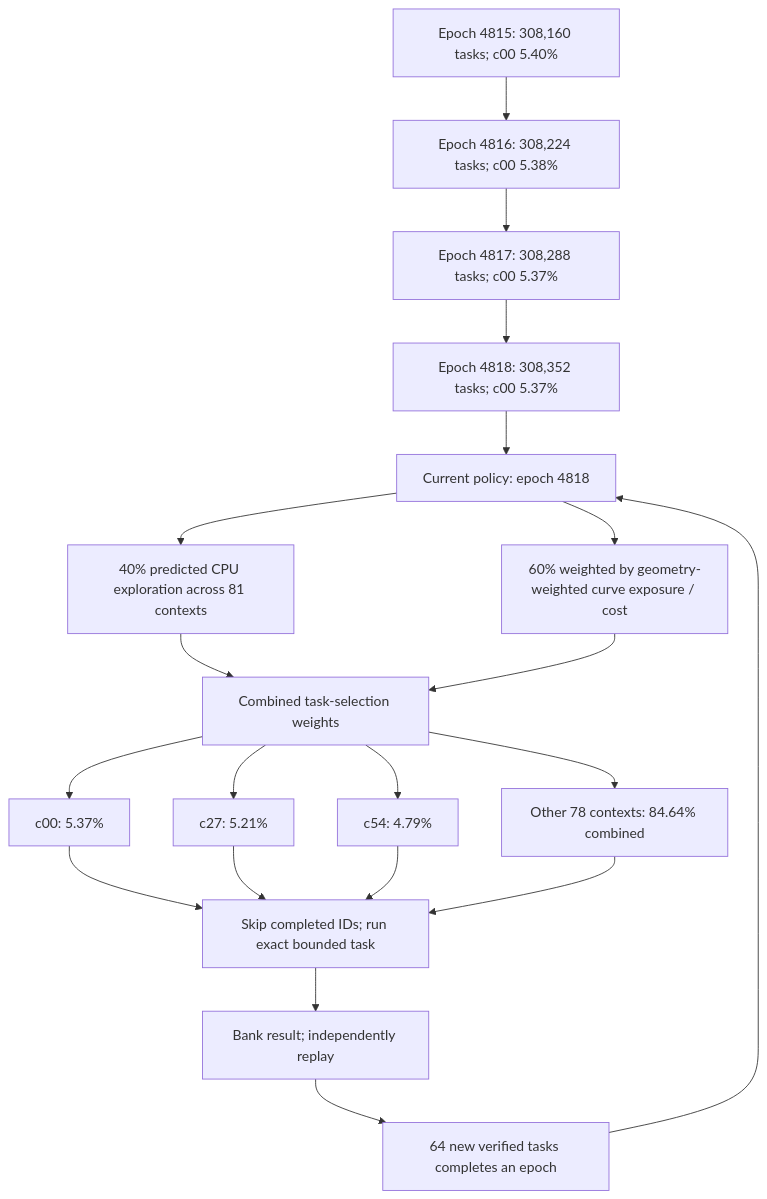
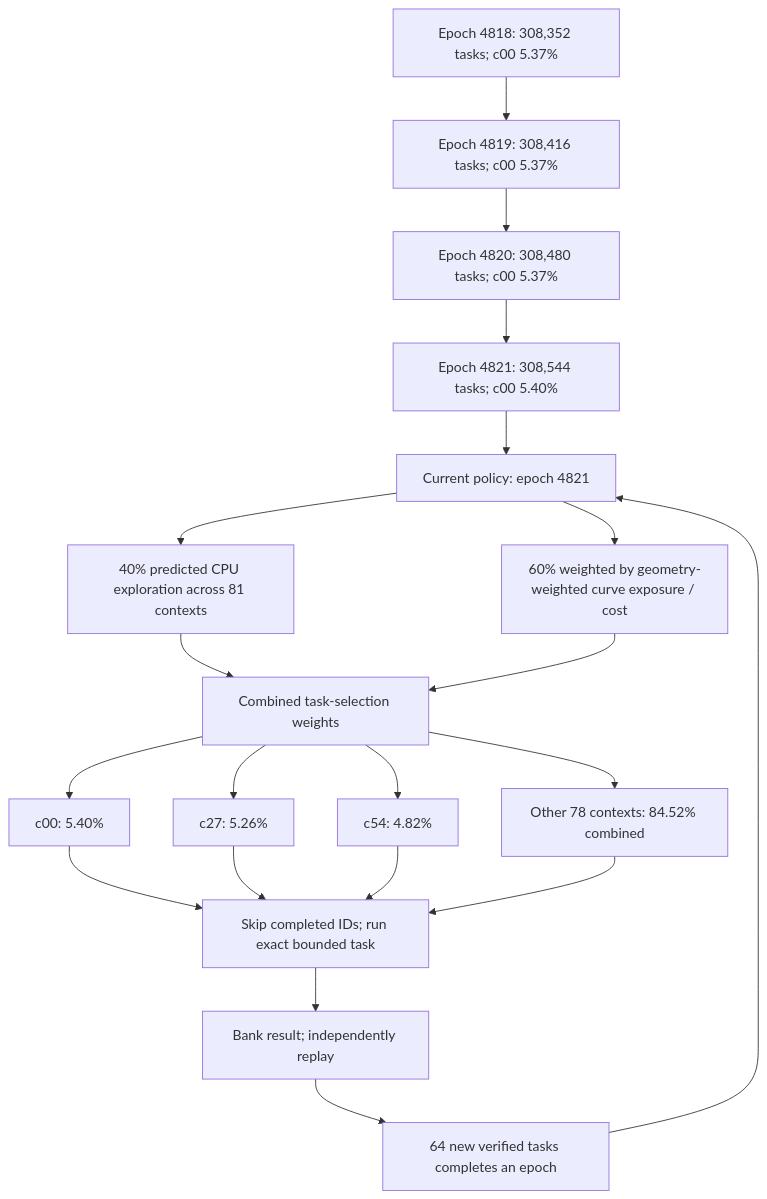
The first of 3 diagrams in README.md (Kuberwastaken/math-gambling), drawn with Mermaid before and after one commit. The commit also changed other lines of this file and 523 other files, not shown here.

````diff
--- a/README.md
+++ b/README.md
@@ -60,27 +60,27 @@
 ```mermaid
 flowchart TD
-    H0["Epoch 4815: 308,160 tasks; c00 5.40%"]
-    H1["Epoch 4816: 308,224 tasks; c00 5.38%"]
+    H0["Epoch 4818: 308,352 tasks; c00 5.37%"]
+    H1["Epoch 4819: 308,416 tasks; c00 5.37%"]
     H0 --> H1
-    H2["Epoch 4817: 308,288 tasks; c00 5.37%"]
+    H2["Epoch 4820: 308,480 tasks; c00 5.37%"]
     H1 --> H2
-    H3["Epoch 4818: 308,352 tasks; c00 5.37%"]
+    H3["Epoch 4821: 308,544 tasks; c00 5.40%"]
     H2 --> H3
-    Policy["Current policy: epoch 4818"]
+    Policy["Current policy: epoch 4821"]
     H3 --> Policy
     Policy --> Explore["40% predicted CPU exploration across 81 contexts"]
     Policy --> Cost["60% weighted by geometry-weighted curve exposure / cost"]
     Explore --> Mix["Combined task-selection weights"]
     Cost --> Mix
-    Mix --> C0["c00: 5.37%"]
-    Mix --> C1["c27: 5.21%"]
-    Mix --> C2["c54: 4.79%"]
-    Mix --> Rest["Other 78 contexts: 84.64% combined"]
+    Mix --> C0["c00: 5.40%"]
+    Mix --> C1["c27: 5.26%"]
+    Mix --> C2["c54: 4.82%"]
+    Mix --> Rest["Other 78 contexts: 84.52% combined"]
     C0 --> Check["Skip completed IDs; run exact bounded task"]
     C1 --> Check
     C2 --> Check
     Rest --> Check
     Check --> Replay["Bank result; independently replay"]
     Replay --> Gate["64 new verified tasks completes an epoch"]
     Gate --> Policy
 ```
````
